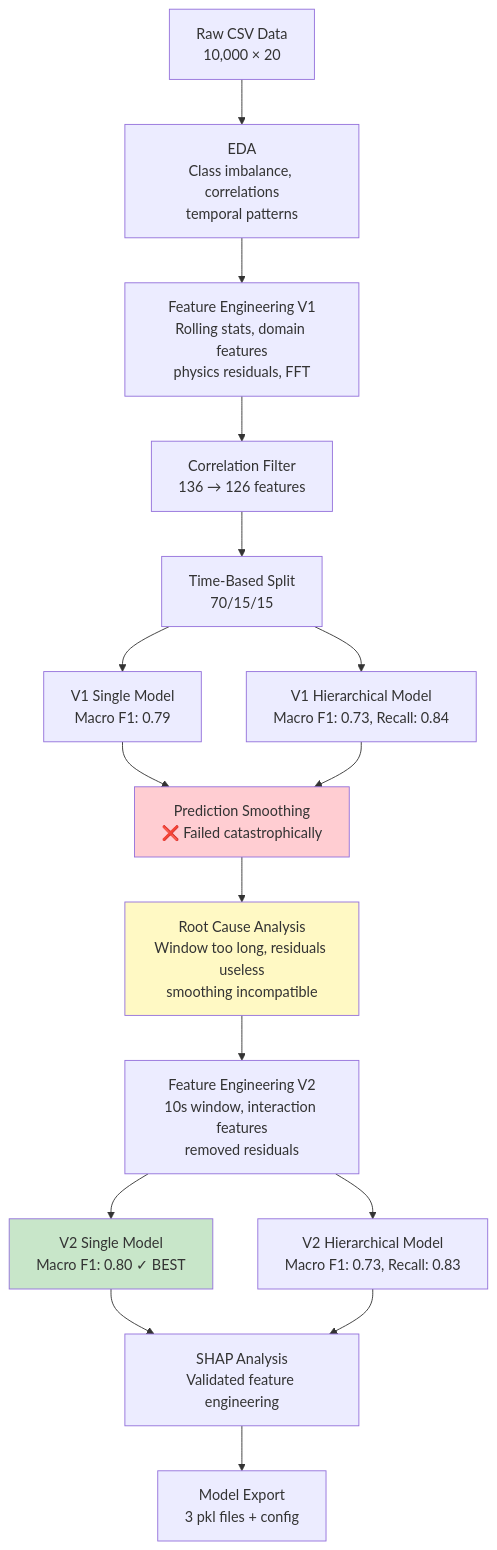
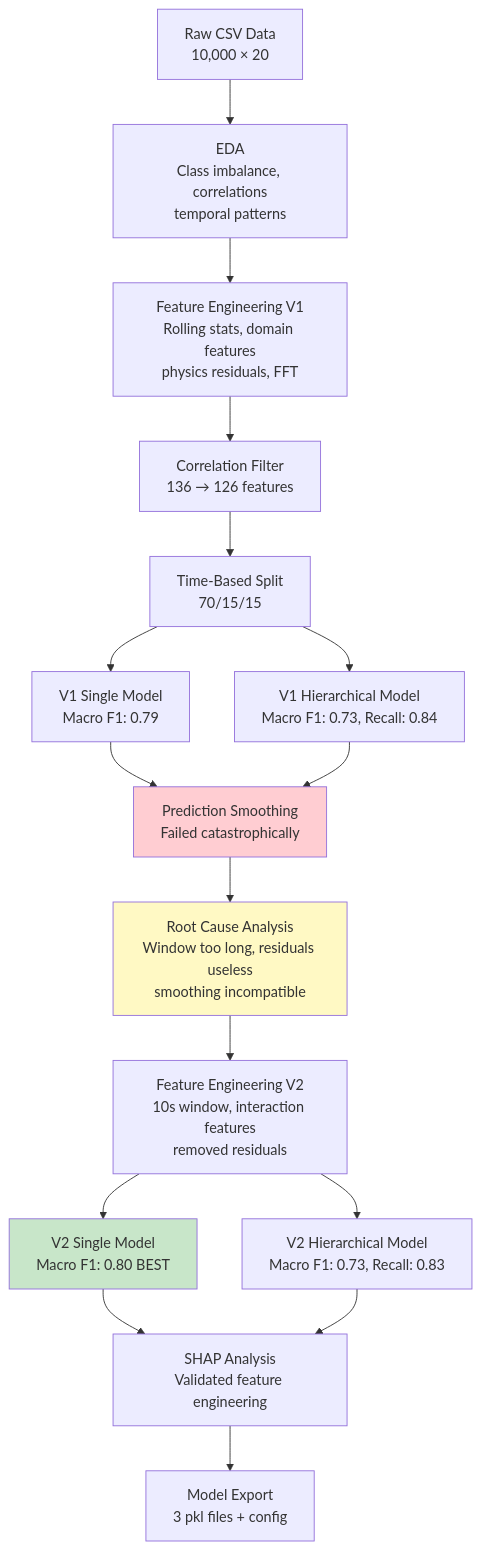
The tenth of 11 diagrams in docs/report.md (MrNahadi/New-AIMS), drawn with Mermaid before and after one commit. The commit also changed other lines of this file and 1 other file, not shown here.

````diff
--- a/docs/report.md
+++ b/docs/report.md
@@ -366,22 +366,22 @@
 ```mermaid
 flowchart TD
     A[Raw CSV Data<br/>10,000 × 20] --> B[EDA<br/>Class imbalance, correlations<br/>temporal patterns]
     B --> C[Feature Engineering V1<br/>Rolling stats, domain features<br/>physics residuals, FFT]
     C --> D[Correlation Filter<br/>136 → 126 features]
     D --> E[Time-Based Split<br/>70/15/15]
     E --> F[V1 Single Model<br/>Macro F1: 0.79]
     E --> G[V1 Hierarchical Model<br/>Macro F1: 0.73, Recall: 0.84]
-    F --> H[Prediction Smoothing<br/>❌ Failed catastrophically]
+    F --> H[Prediction Smoothing<br/>Failed catastrophically]
     G --> H
     H --> I[Root Cause Analysis<br/>Window too long, residuals useless<br/>smoothing incompatible]
     I --> J[Feature Engineering V2<br/>10s window, interaction features<br/>removed residuals]
-    J --> K[V2 Single Model<br/>Macro F1: 0.80 ✓ BEST]
+    J --> K[V2 Single Model<br/>Macro F1: 0.80 BEST]
     J --> L[V2 Hierarchical Model<br/>Macro F1: 0.73, Recall: 0.83]
     K --> M[SHAP Analysis<br/>Validated feature engineering]
     L --> M
     M --> N[Model Export<br/>3 pkl files + config]
 
     style H fill:#ffcdd2
     style I fill:#fff9c4
     style K fill:#c8e6c9
 ```
````
